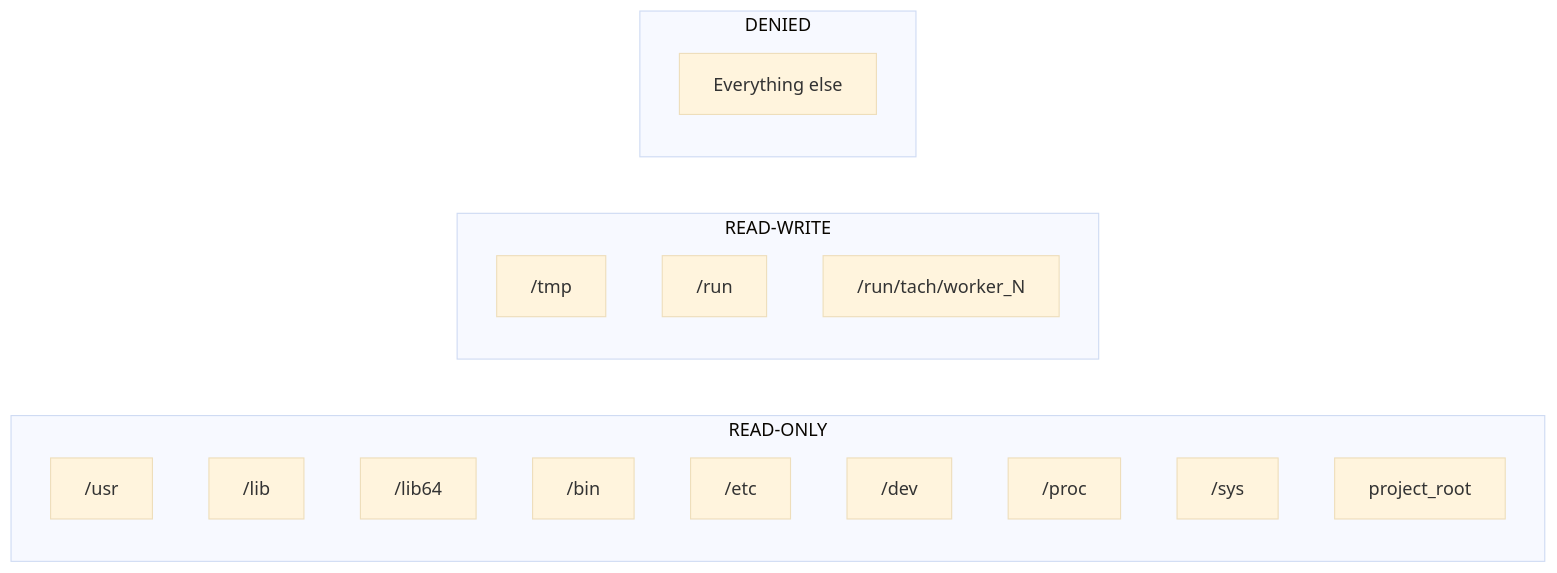
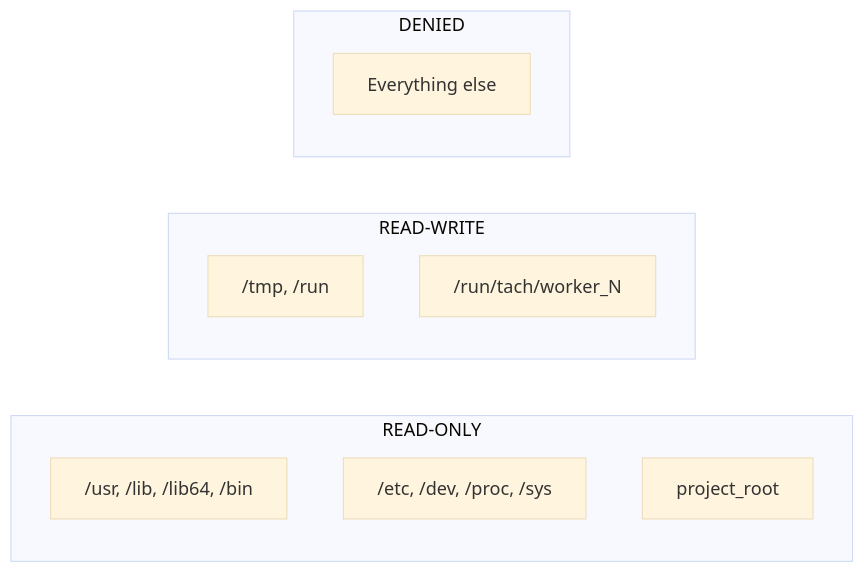
Before and after one commit to NikkeTryHard/tach-core: the second of 3 diagrams in docs/architecture/sandbox.md, drawn with Mermaid (base theme). The commit also changed other lines of this file and 34 other files, not shown here.

````diff
--- a/docs/architecture/sandbox.md
+++ b/docs/architecture/sandbox.md
@@ -61,24 +73,17 @@
 ```mermaid
 flowchart LR
     subgraph ReadOnly["READ-ONLY"]
-        RO1["/usr"]
-        RO2["/lib"]
-        RO3["/lib64"]
-        RO4["/bin"]
-        RO5["/etc"]
-        RO6["/dev"]
-        RO7["/proc"]
-        RO8["/sys"]
-        RO9["project_root"]
+        RO1["/usr, /lib, /lib64, /bin"]
+        RO2["/etc, /dev, /proc, /sys"]
+        RO3["project_root"]
     end
 
     subgraph ReadWrite["READ-WRITE"]
-        RW1["/tmp"]
-        RW2["/run"]
-        RW3["/run/tach/worker_N"]
+        RW1["/tmp, /run"]
+        RW2["/run/tach/worker_N"]
     end
 
     subgraph Denied["DENIED"]
         D1["Everything else"]
     end
 ```
````
